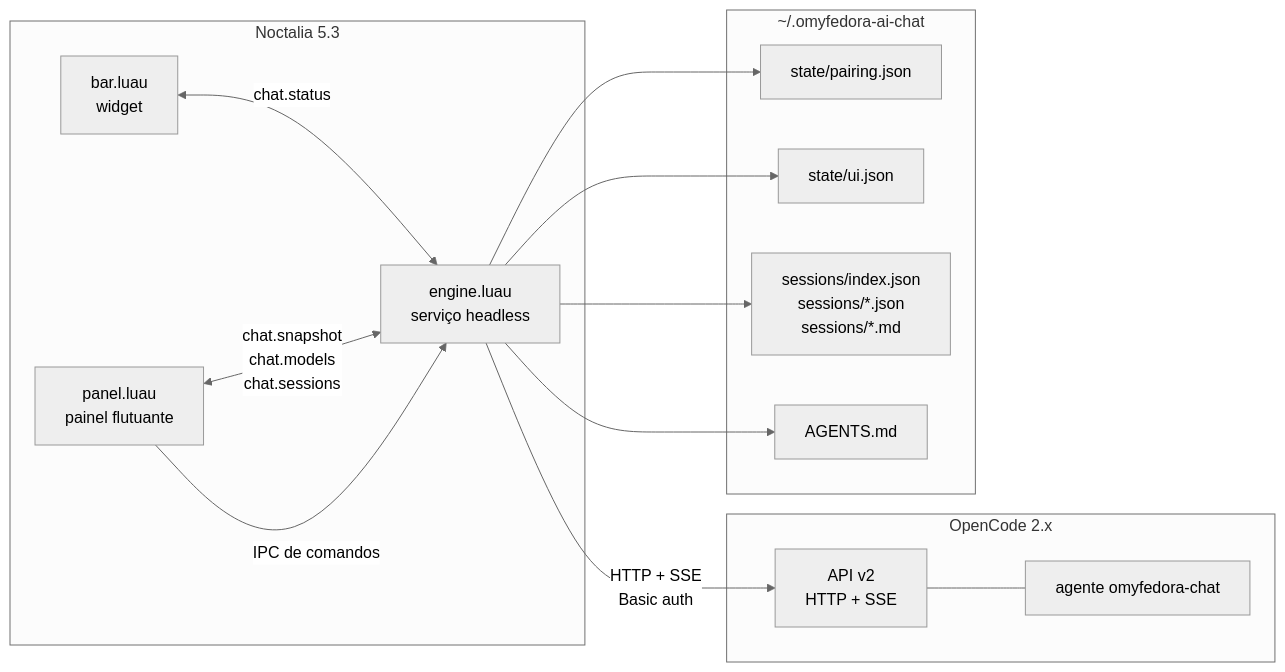
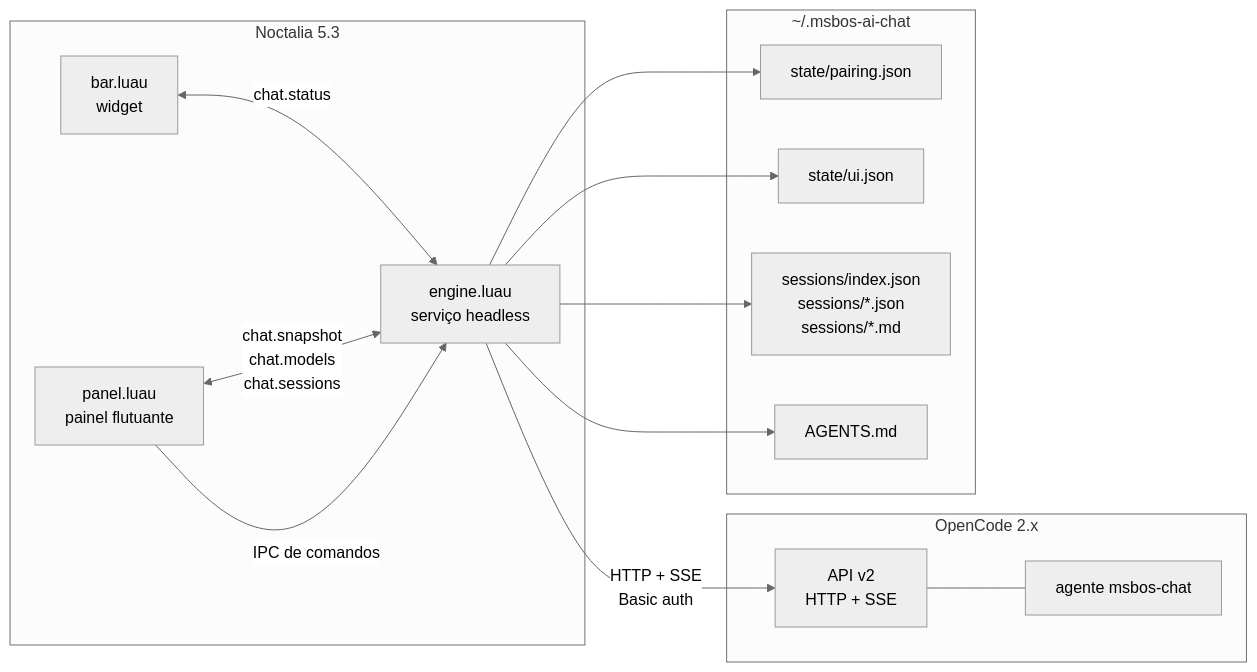
One commit to marcos2872/msbos-ai-chat changed the first of 4 diagrams in docs/arquitetura.md. Above: the diagram before and after it, drawn with Mermaid (neutral theme). The commit also changed other lines of this file and 25 other files, not shown here.

First line of the commit message:
refactor: renomeia o plugin para msbos-ai-chat

````diff
--- a/docs/arquitetura.md
+++ b/docs/arquitetura.md
@@ -15,30 +15,30 @@
 ```mermaid
 flowchart LR
     subgraph Noctalia["Noctalia 5.3"]
         BAR["bar.luau<br/>widget"]
         PANEL["panel.luau<br/>painel flutuante"]
         ENGINE["engine.luau<br/>serviço headless"]
     end
 
     subgraph OpenCode["OpenCode 2.x"]
         API["API v2<br/>HTTP + SSE"]
-        AGENT["agente omyfedora-chat"]
+        AGENT["agente msbos-chat"]
     end
 
-    subgraph Workspace["~/.omyfedora-ai-chat"]
+    subgraph Workspace["~/.msbos-ai-chat"]
         PAIR["state/pairing.json"]
         UI["state/ui.json"]
         SESS["sessions/index.json<br/>sessions/*.json<br/>sessions/*.md"]
         AGENTS["AGENTS.md"]
     end
 
     BAR <-->|"chat.status"| ENGINE
     PANEL <-->|"chat.snapshot<br/>chat.models<br/>chat.sessions"| ENGINE
     PANEL -->|"IPC de comandos"| ENGINE
     ENGINE -->|"HTTP + SSE<br/>Basic auth"| API
     API --- AGENT
     ENGINE --> PAIR
     ENGINE --> UI
     ENGINE --> SESS
     ENGINE --> AGENTS
 ```
````
